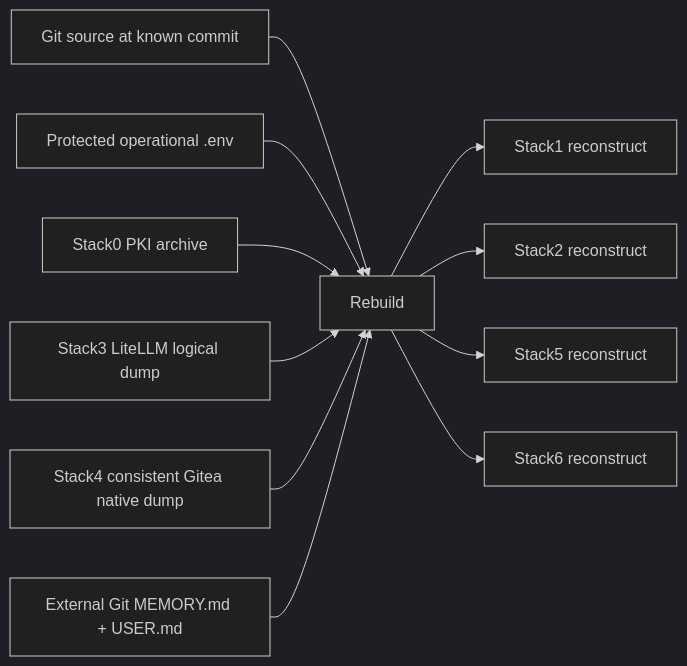
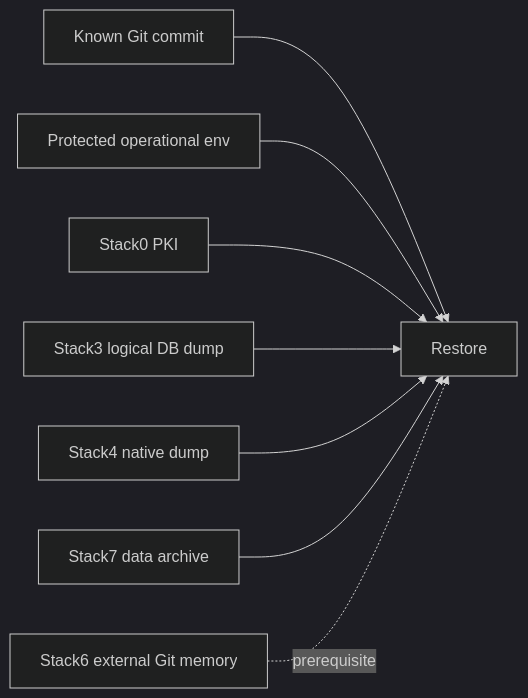
Before and after one commit to ea1het/local_hybrid_ai: the diagram in bkp-dr/README.md, drawn with Mermaid (dark theme). The commit also changed other lines of this file and 11 other files, not shown here.

Commit message:
Simplify canonical documentation with Mermaid architecture

````diff
--- a/bkp-dr/README.md
+++ b/bkp-dr/README.md
@@ -25,13 +5,10 @@
 ```mermaid
 flowchart LR
-  SRC[Git source at known commit] --> R[Rebuild]
-  ENV[Protected operational .env] --> R
-  PKI[Stack0 PKI archive] --> R
-  LDB[Stack3 LiteLLM logical dump] --> R
-  GS[Stack4 consistent Gitea native dump] --> R
-  PM[External Git MEMORY.md + USER.md] --> R
-  R --> S1[Stack1 reconstruct]
-  R --> S2[Stack2 reconstruct]
-  R --> S5[Stack5 reconstruct]
-  R --> S6[Stack6 reconstruct]
+    Git[Known Git commit] --> Restore
+    Env[Protected operational env] --> Restore
+    PKI[Stack0 PKI] --> Restore
+    DB[Stack3 logical DB dump] --> Restore
+    Gitea[Stack4 native dump] --> Restore
+    OWUI[Stack7 data archive] --> Restore
+    Memory[Stack6 external Git memory] -. prerequisite .-> Restore
 ```
````
